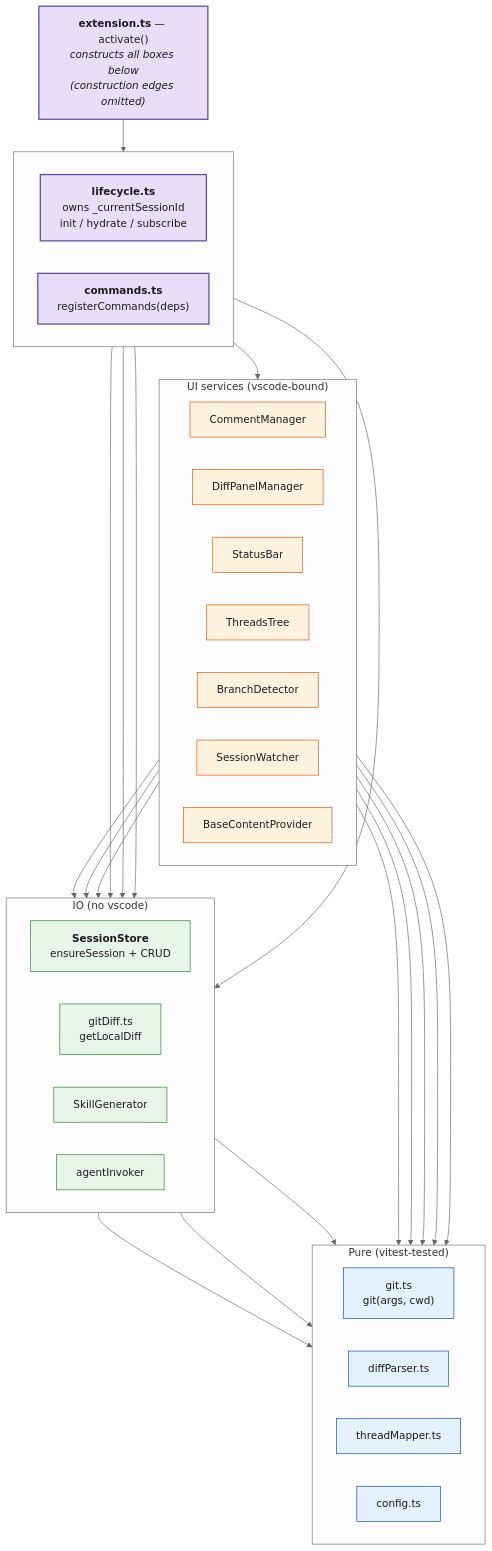
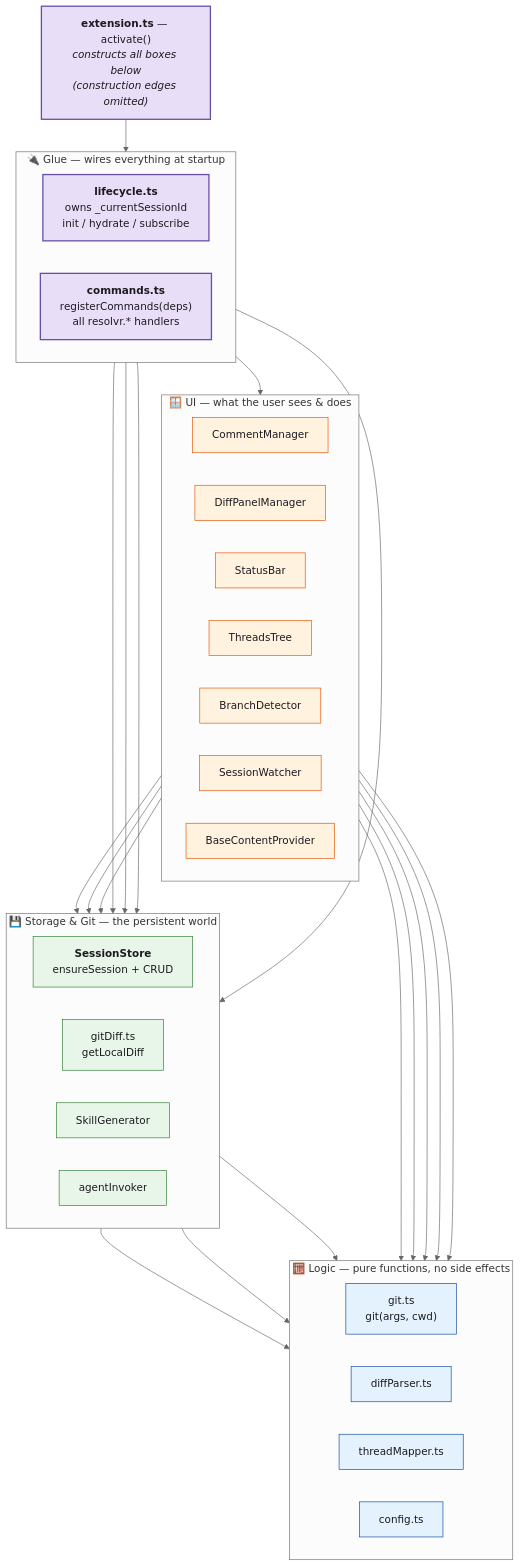
The diagram in docs/architecture.md (ugudlado/local-code-review), drawn with Mermaid (neutral theme) before and after one commit. The commit also changed other lines of this file and 1 other file, not shown here.

First line of the commit message:
docs(architecture): name layers by purpose — Glue/UI/Storage&Git/Logic

````diff
--- a/docs/architecture.md
+++ b/docs/architecture.md
@@ -33,71 +39,71 @@
 ```mermaid
 flowchart TB
 
   EXT["<b>extension.ts</b> — activate()<br/><i>constructs all boxes below<br/>(construction edges omitted)</i>"]
 
-  subgraph ACT[" "]
+  subgraph GLUE["🔌 Glue — wires everything at startup"]
     direction LR
     LIFE["<b>lifecycle.ts</b><br/>owns _currentSessionId<br/>init / hydrate / subscribe"]
-    CMDS["<b>commands.ts</b><br/>registerCommands(deps)"]
+    CMDS["<b>commands.ts</b><br/>registerCommands(deps)<br/>all resolvr.* handlers"]
   end
 
-  subgraph UI["UI services (vscode-bound)"]
+  subgraph UI["🪟 UI — what the user sees &amp; does"]
     direction LR
     CM["CommentManager"]
     DPM["DiffPanelManager"]
     SB["StatusBar"]
     TT["ThreadsTree"]
     BD["BranchDetector"]
     SW["SessionWatcher"]
     BCP["BaseContentProvider"]
   end
 
-  subgraph IOL["IO (no vscode)"]
+  subgraph STORE["💾 Storage &amp; Git — the persistent world"]
     direction LR
     SS["<b>SessionStore</b><br/>ensureSession + CRUD"]
     GD["gitDiff.ts<br/>getLocalDiff"]
     SG["SkillGenerator"]
     AI["agentInvoker"]
   end
 
-  subgraph PURE["Pure (vitest-tested)"]
+  subgraph LOGIC["🧮 Logic — pure functions, no side effects"]
     direction LR
     GIT["git.ts<br/>git(args, cwd)"]
     DP["diffParser.ts"]
     TM["threadMapper.ts"]
     CFG["config.ts"]
   end
 
-  EXT --> ACT
+  EXT --> GLUE
 
   LIFE --> UI
   LIFE --> SS
   LIFE --> SG
   CMDS --> SS
   CMDS --> AI
 
   CM  --> SS
   DPM --> SS
   DPM --> GD
   CM  --> TM
 
   SS  --> GIT
   GD  --> GIT
   BD  --> GIT
   BCP --> GIT
 
   DPM --> DP
   SG  --> CFG
   BD  --> CFG
 
   classDef entry fill:#E8DEF8,stroke:#6750A4,stroke-width:2px,color:#1D1B20
   classDef ui    fill:#FFF3E0,stroke:#E65100,color:#1D1B20
   classDef io    fill:#E8F5E9,stroke:#2E7D32,color:#1D1B20
   classDef pure  fill:#E3F2FD,stroke:#0D47A1,color:#1D1B20
 
   class EXT entry
   class LIFE,CMDS entry
   class CM,DPM,SB,TT,BD,SW,BCP ui
   class SS,GD,SG,AI io
   class GIT,DP,TM,CFG pure
 ```
````
